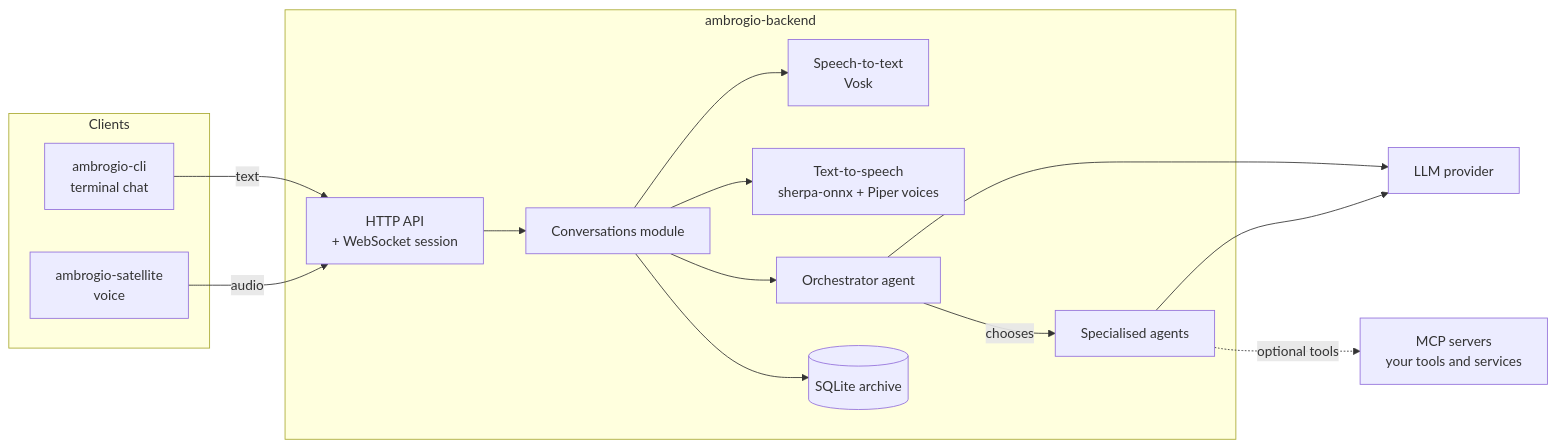
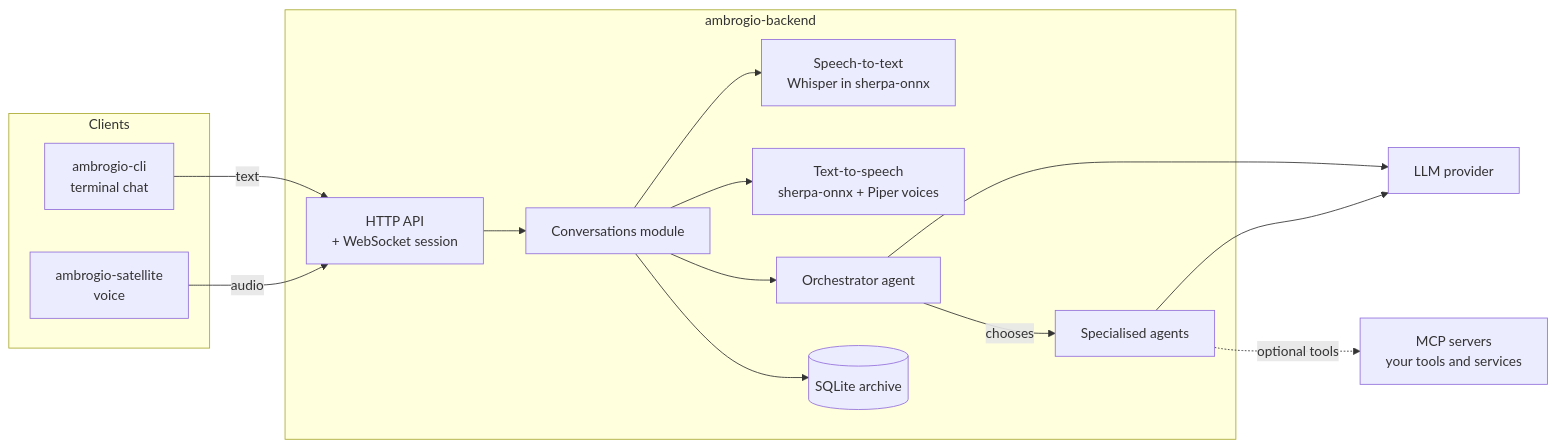
One commit to ambrogio-app/ambrogio-backend changed the first of 2 diagrams in README.md. Above: the diagram before and after it, drawn with Mermaid. The commit also changed other lines of this file and 35 other files, not shown here.

````diff
--- a/README.md
+++ b/README.md
@@ -26,32 +26,32 @@
 ```mermaid
 flowchart LR
     subgraph Clients
         CLI[ambrogio-cli<br/>terminal chat]
         SAT[ambrogio-satellite<br/>voice]
     end
 
     subgraph Backend[ambrogio-backend]
         API[HTTP API<br/>+ WebSocket session]
         CONV[Conversations module]
-        STT[Speech-to-text<br/>Vosk]
+        STT[Speech-to-text<br/>Whisper in sherpa-onnx]
         TTS[Text-to-speech<br/>sherpa-onnx + Piper voices]
         ORCH[Orchestrator agent]
         AG[Specialised agents]
         DB[(SQLite archive)]
     end
 
     LLM[LLM provider]
     MCP[MCP servers<br/>your tools and services]
 
     CLI -- text --> API
     SAT -- audio --> API
     API --> CONV
     CONV --> STT
     CONV --> TTS
     CONV --> ORCH
     ORCH -- chooses --> AG
     ORCH --> LLM
     AG --> LLM
     AG -. optional tools .-> MCP
     CONV --> DB
 ```
````
